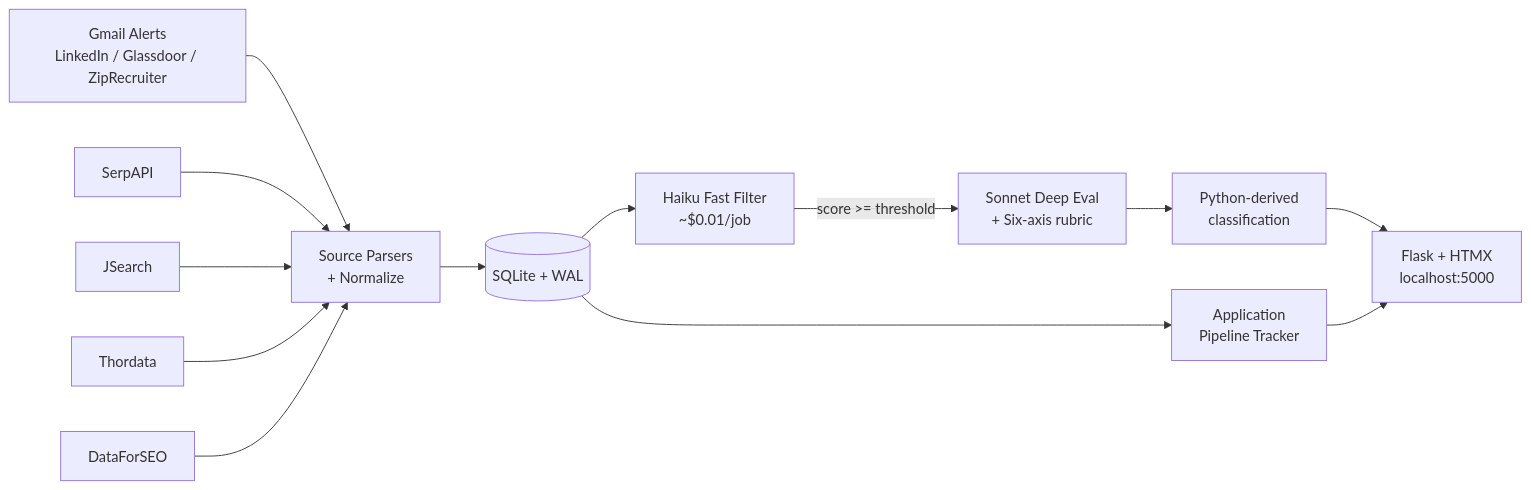
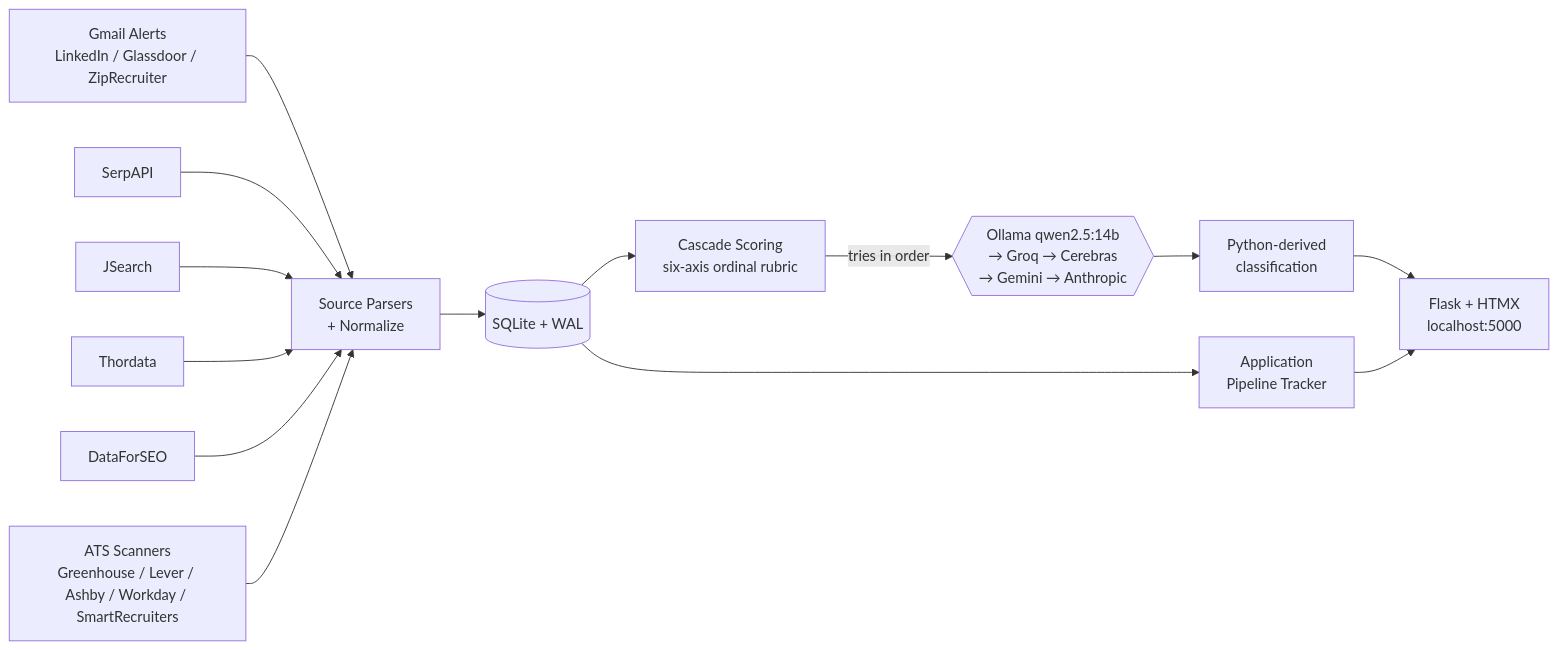
The diagram in README.md (Senkichi/job-cannon), drawn with Mermaid before and after one commit. The commit also changed other lines of this file and 10 other files, not shown here.

````diff
--- a/README.md
+++ b/README.md
@@ -71,15 +77,16 @@
 ```mermaid
 flowchart LR
   Gmail[Gmail Alerts<br/>LinkedIn / Glassdoor / ZipRecruiter] --> Parser
   SerpAPI --> Parser
   JSearch --> Parser
   Thordata --> Parser
   DataForSEO --> Parser
+  ATS[ATS Scanners<br/>Greenhouse / Lever / Ashby / Workday / SmartRecruiters] --> Parser
   Parser[Source Parsers<br/>+ Normalize] --> DB[(SQLite + WAL)]
-  DB --> Haiku[Haiku Fast Filter<br/>~$0.01/job]
-  Haiku -->|score >= threshold| Sonnet[Sonnet Deep Eval<br/>+ Six-axis rubric]
-  Sonnet --> Classify[Python-derived<br/>classification]
+  DB --> Score[Cascade Scoring<br/>six-axis ordinal rubric]
+  Score -->|tries in order| Cascade{{Ollama qwen2.5:14b<br/>→ Groq → Cerebras<br/>→ Gemini → Anthropic}}
+  Cascade --> Classify[Python-derived<br/>classification]
   Classify --> Dashboard[Flask + HTMX<br/>localhost:5000]
   DB --> Pipeline[Application<br/>Pipeline Tracker]
   Pipeline --> Dashboard
 ```
````
